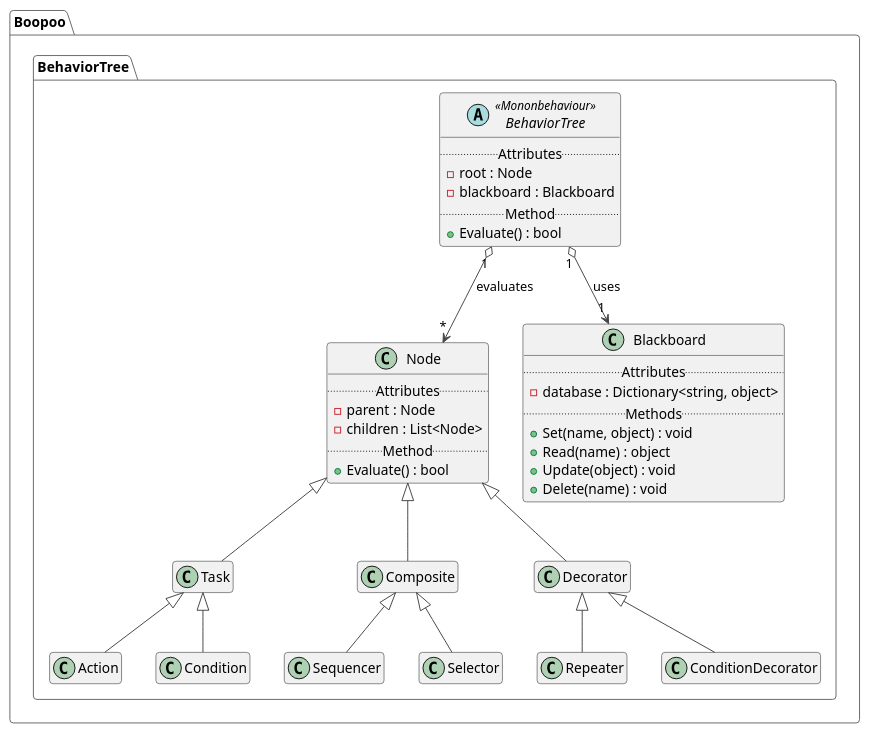
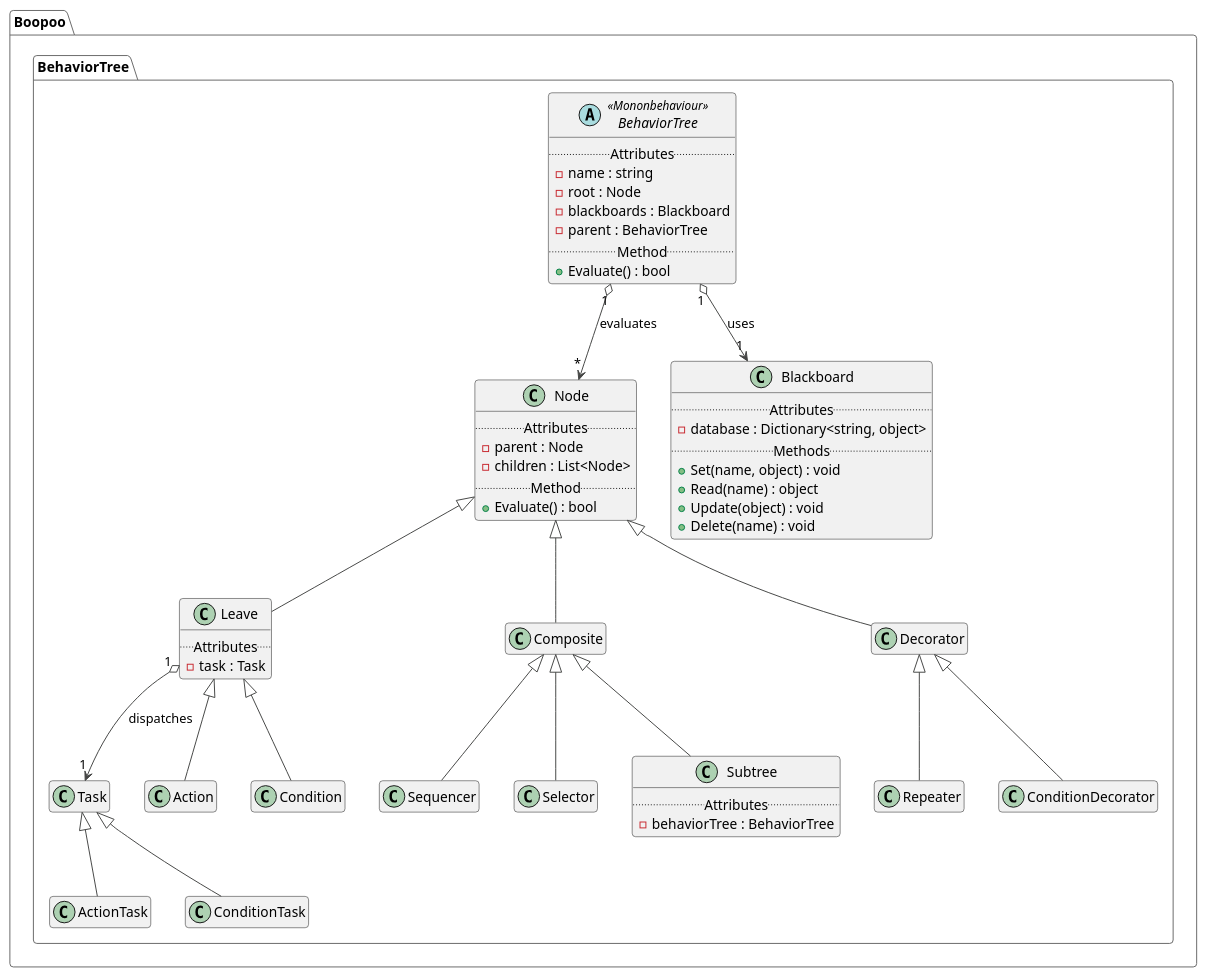
The diagram in 1 Design/class diagram.puml (rui-boopoo/behavior-tree), drawn with PlantUML before and after one commit. The commit also changed 2 other files, not shown here.

Commit message:
Refactor class diagram to align with updated design

```diff
--- a/1 Design/class diagram.puml
+++ b/1 Design/class diagram.puml
@@ -1,74 +1,95 @@
 @startuml BehaviorTree
 
 !theme vibrant
 hide empty members
 
 package "Boopoo.BehaviorTree" {
     abstract class BehaviorTree <<Mononbehaviour>> {
         .. Attributes ..
+        - name : string
         - root : Node
-        - blackboard : Blackboard
+        - blackboards : Blackboard
+        - parent : BehaviorTree
         .. Method ..
         + Evaluate() : bool
     }
 
     BehaviorTree "1" o--> "*" Node : evaluates
     BehaviorTree "1" o--> "1" Blackboard : uses
 
     class Node {
         .. Attributes ..
         - parent : Node
         - children : List<Node>
         .. Method ..
         + Evaluate() : bool
     }
 
-    class Task {
+    class Leave {
+        .. Attributes ..
+        - task : Task 
     }
-    Node <|-- Task
+    Node <|-- Leave
+    Leave "1" o--> "1" Task : dispatches
 
     class Action {
     }
-    Task <|-- Action
+    Leave <|-- Action
 
     class Condition {
     }
-    Task <|-- Condition
+    Leave <|-- Condition
 
     class Composite {
     }
     Node <|-- Composite
 
     class Sequencer {
     }
     Composite <|-- Sequencer
 
     class Selector {
     }
     Composite  <|-- Selector
+    
+    class Subtree {
+        .. Attributes ..
+        - behaviorTree : BehaviorTree
+    }
+    Composite <|-- Subtree
 
     class Decorator {
     }
     Node <|-- Decorator
 
     class Repeater {
     }
     Decorator  <|-- Repeater
 
     class ConditionDecorator {
     }
     Decorator  <|-- ConditionDecorator
     
+    class Task{
+    }
+
+    class ActionTask{
+    }
+    Task <|-- ActionTask
+
+    class ConditionTask{
+    }
+    Task <|-- ConditionTask
 
     class Blackboard {
         .. Attributes ..
         - database : Dictionary<string, object>
         .. Methods ..
         + Set(name, object) : void
         + Read(name) : object
         + Update(object) : void
         + Delete(name) : void
     }
 }
 
 @enduml
```
